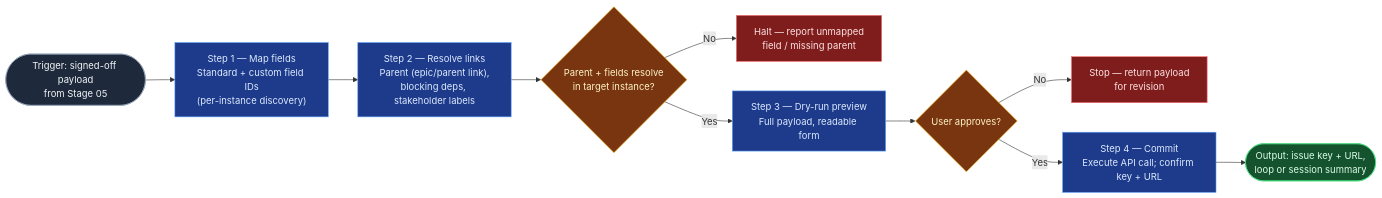
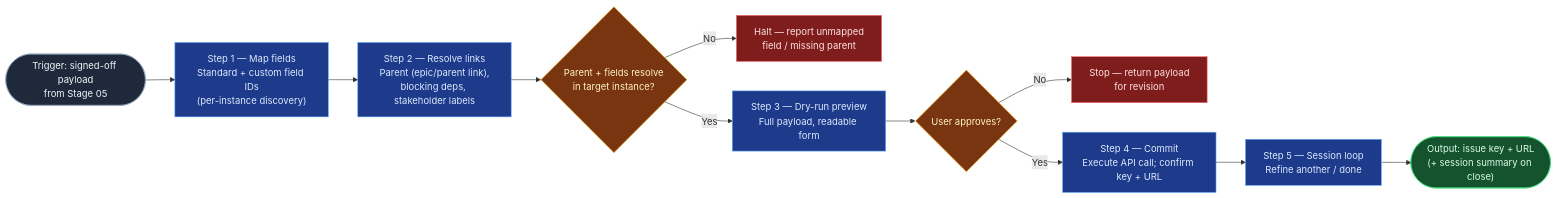
One commit to RafySauce/flow-lab changed the diagram in skill-foundry/backlog-skill-starters/jira-commit/SKILL.md. Above: the diagram before and after it, drawn with Mermaid. The commit also changed other lines of this file and 14 other files, not shown here.

First line of the commit message:
Run five-point gate pre-review and flowspace validation for ai-refinement

````diff
--- a/skill-foundry/backlog-skill-starters/jira-commit/SKILL.md
+++ b/skill-foundry/backlog-skill-starters/jira-commit/SKILL.md
@@ -38,18 +38,19 @@
 ```mermaid
 flowchart LR
     Start(["Trigger: signed-off payload<br/>from Stage 05"]):::start --> M["Step 1 — Map fields<br/>Standard + custom field IDs<br/>(per-instance discovery)"]:::process
     M --> L["Step 2 — Resolve links<br/>Parent (epic/parent link),<br/>blocking deps, stakeholder labels"]:::process
     L --> P{"Parent + fields resolve<br/>in target instance?"}:::decision
     P -->|No| H["Halt — report unmapped<br/>field / missing parent"]:::halt
     P -->|Yes| DR["Step 3 — Dry-run preview<br/>Full payload, readable form"]:::process
     DR --> A{"User approves?"}:::decision
     A -->|No| H2["Stop — return payload<br/>for revision"]:::halt
     A -->|Yes| X["Step 4 — Commit<br/>Execute API call; confirm key + URL"]:::process
-    X --> Output(["Output: issue key + URL,<br/>loop or session summary"]):::output
+    X --> SL["Step 5 — Session loop<br/>Refine another / done"]:::process
+    SL --> Output(["Output: issue key + URL<br/>(+ session summary on close)"]):::output
 
     classDef start fill:#1e293b,stroke:#94a3b8,color:#f1f5f9
     classDef process fill:#1e3a8a,stroke:#60a5fa,color:#dbeafe
     classDef decision fill:#78350f,stroke:#fbbf24,color:#fef3c7
     classDef output fill:#14532d,stroke:#4ade80,color:#dcfce7
     classDef halt fill:#7f1d1d,stroke:#f87171,color:#fee2e2
 ```
````
